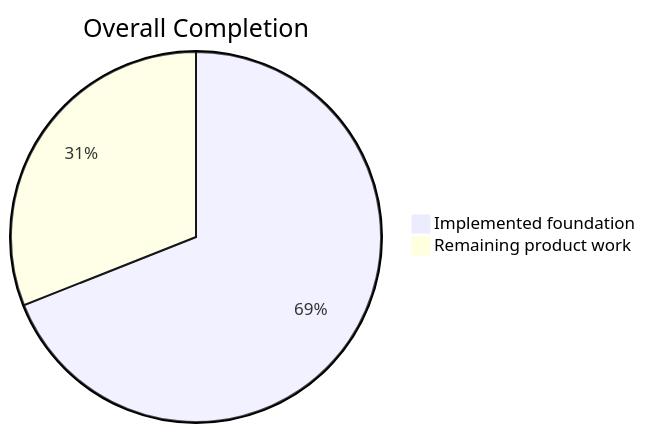
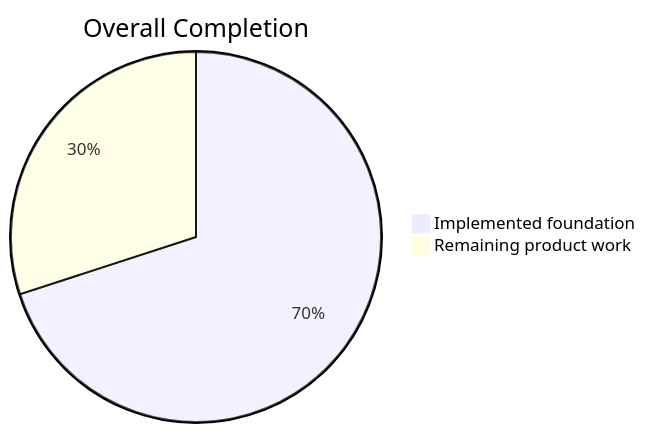
The first of 5 diagrams in README.md (lingmulongtai/GlyphRay), drawn with Mermaid before and after one commit. The commit also changed other lines of this file and 11 other files, not shown here.

````diff
--- a/README.md
+++ b/README.md
@@ -15,5 +15,5 @@
 ```mermaid
 pie title Overall Completion
-  "Implemented foundation" : 69
-  "Remaining product work" : 31
+  "Implemented foundation" : 70
+  "Remaining product work" : 30
 ```
````
